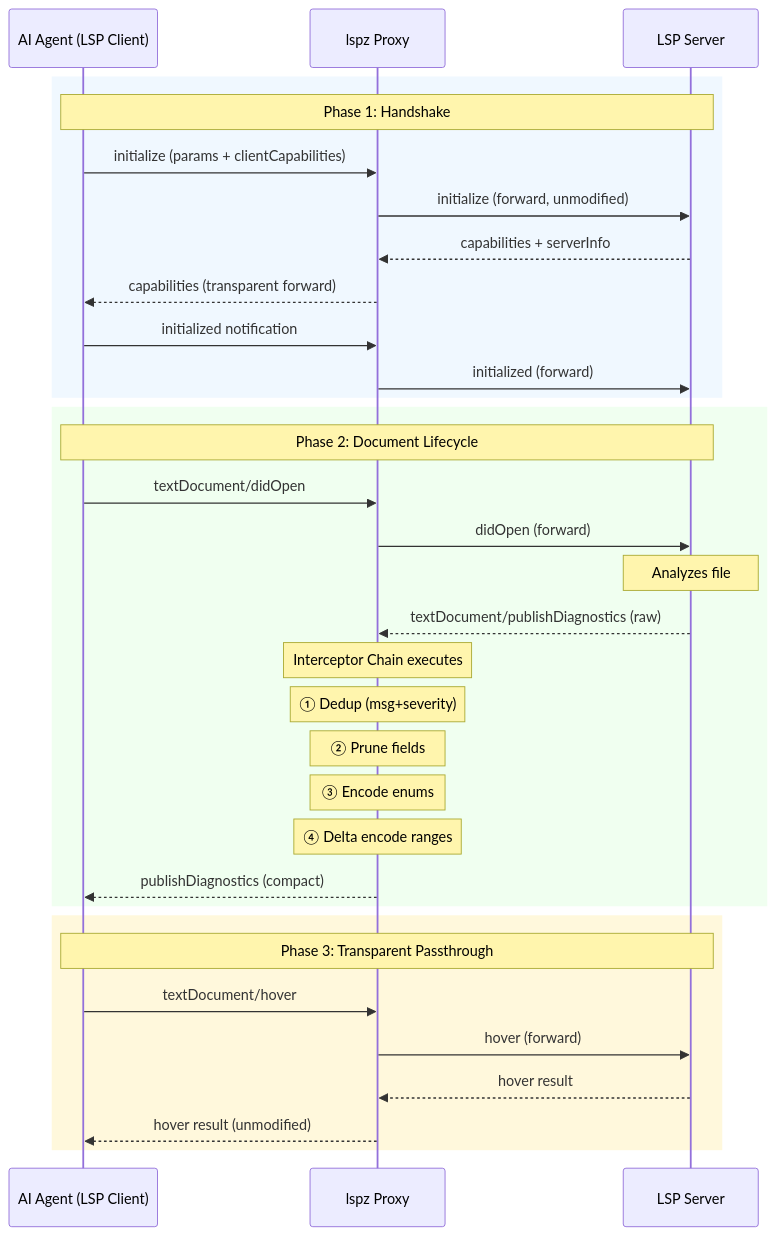
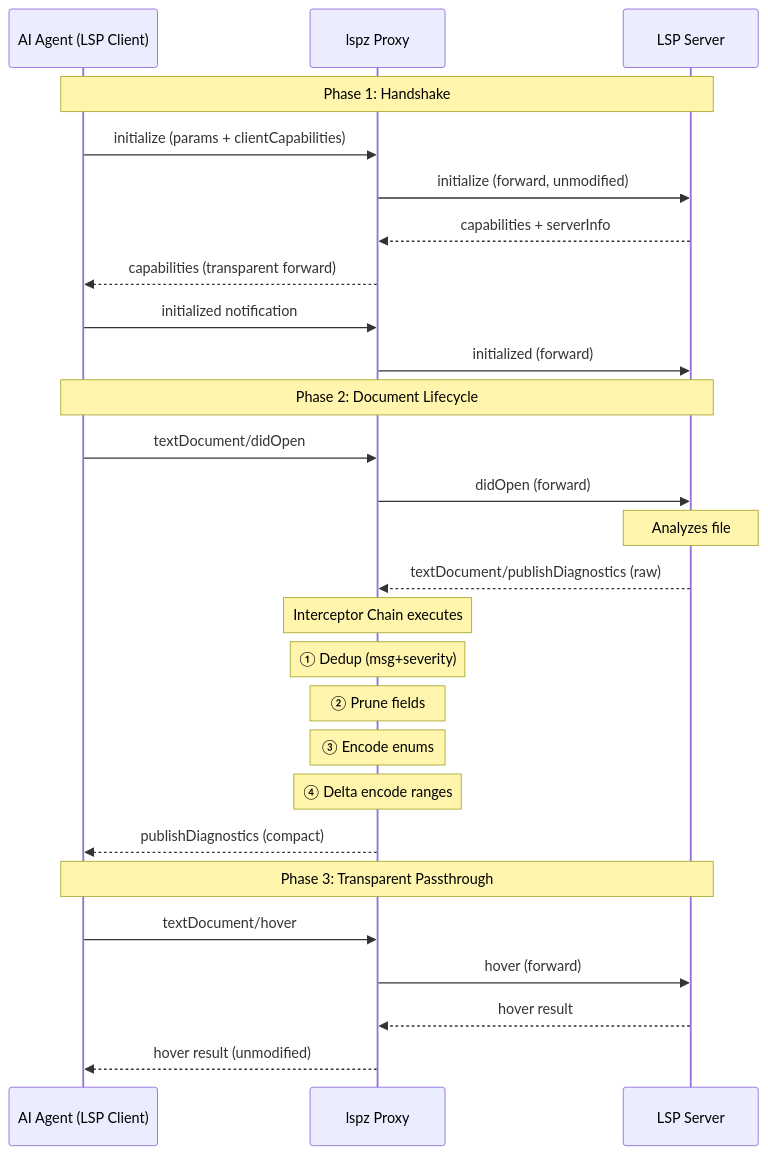
One commit to StrayDragon/lspz changed the second of 9 diagrams in docs/src/architecture.md. Above: the diagram before and after it, drawn with Mermaid. The commit also changed other lines of this file and 13 other files, not shown here.

````diff
--- a/docs/src/architecture.md
+++ b/docs/src/architecture.md
@@ -55,38 +55,32 @@
 ```mermaid
 sequenceDiagram
     participant Agent as AI Agent (LSP Client)
     participant Proxy as lspz Proxy
     participant Server as LSP Server
 
-    rect rgb(240, 248, 255)
-        Note over Agent,Server: Phase 1: Handshake
-        Agent->>Proxy: initialize (params + clientCapabilities)
-        Proxy->>Server: initialize (forward, unmodified)
-        Server-->>Proxy: capabilities + serverInfo
-        Proxy-->>Agent: capabilities (transparent forward)
-        Agent->>Proxy: initialized notification
-        Proxy->>Server: initialized (forward)
-    end
+    Note over Agent,Server: Phase 1: Handshake
+    Agent->>Proxy: initialize (params + clientCapabilities)
+    Proxy->>Server: initialize (forward, unmodified)
+    Server-->>Proxy: capabilities + serverInfo
+    Proxy-->>Agent: capabilities (transparent forward)
+    Agent->>Proxy: initialized notification
+    Proxy->>Server: initialized (forward)
 
-    rect rgb(240, 255, 240)
-        Note over Agent,Server: Phase 2: Document Lifecycle
-        Agent->>Proxy: textDocument/didOpen
-        Proxy->>Server: didOpen (forward)
-        Note over Server: Analyzes file
-        Server-->>Proxy: textDocument/publishDiagnostics (raw)
-        Note over Proxy: Interceptor Chain executes
-        Note over Proxy: ① Dedup (msg+severity)
-        Note over Proxy: ② Prune fields
-        Note over Proxy: ③ Encode enums
-        Note over Proxy: ④ Delta encode ranges
-        Proxy-->>Agent: publishDiagnostics (compact)
-    end
+    Note over Agent,Server: Phase 2: Document Lifecycle
+    Agent->>Proxy: textDocument/didOpen
+    Proxy->>Server: didOpen (forward)
+    Note over Server: Analyzes file
+    Server-->>Proxy: textDocument/publishDiagnostics (raw)
+    Note over Proxy: Interceptor Chain executes
+    Note over Proxy: ① Dedup (msg+severity)
+    Note over Proxy: ② Prune fields
+    Note over Proxy: ③ Encode enums
+    Note over Proxy: ④ Delta encode ranges
+    Proxy-->>Agent: publishDiagnostics (compact)
 
-    rect rgb(255, 248, 220)
-        Note over Agent,Server: Phase 3: Transparent Passthrough
-        Agent->>Proxy: textDocument/hover
-        Proxy->>Server: hover (forward)
-        Server-->>Proxy: hover result
-        Proxy-->>Agent: hover result (unmodified)
-    end
+    Note over Agent,Server: Phase 3: Transparent Passthrough
+    Agent->>Proxy: textDocument/hover
+    Proxy->>Server: hover (forward)
+    Server-->>Proxy: hover result
+    Proxy-->>Agent: hover result (unmodified)
 ```
````
